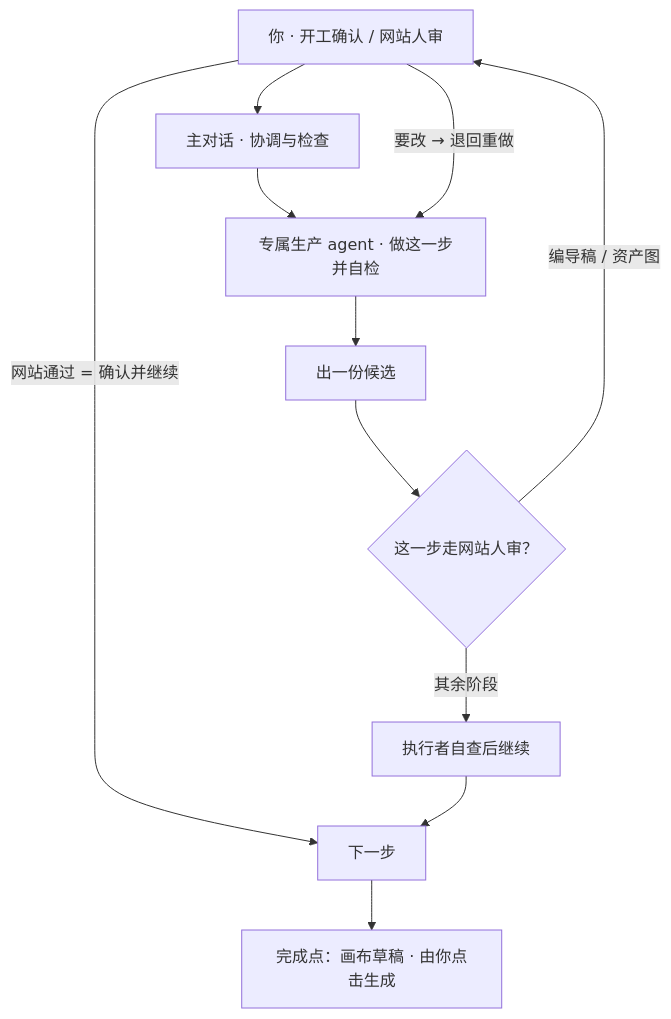
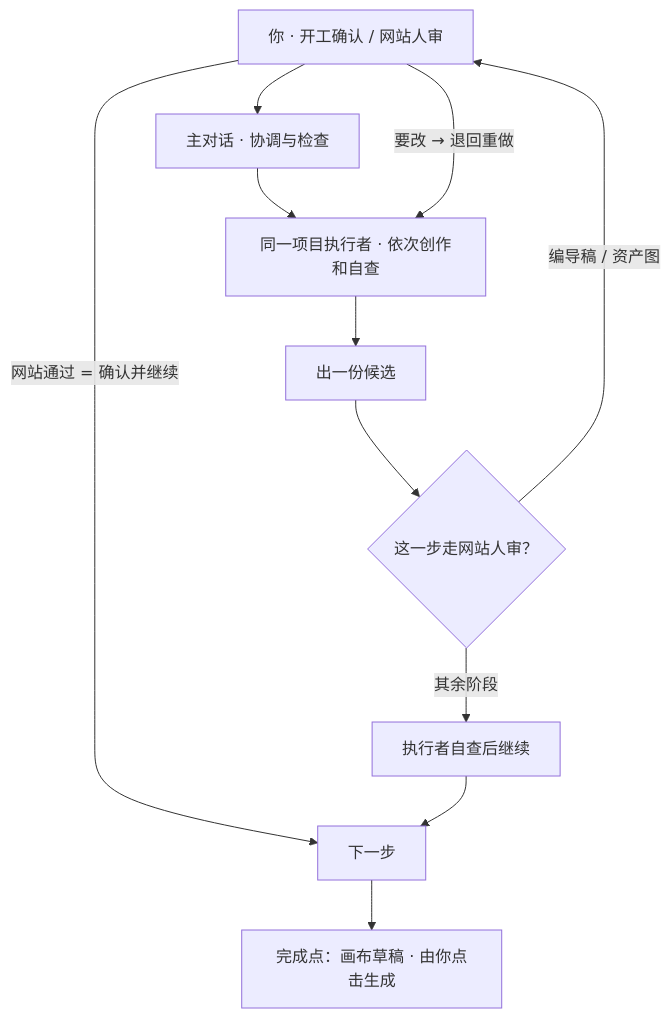
The diagram in docs/PROJECT_BLUEPRINT.md (yang43595-cell/Master-Storyboarding), drawn with Mermaid before and after one commit. The commit also changed other lines of this file and 55 other files, not shown here.

````diff
--- a/docs/PROJECT_BLUEPRINT.md
+++ b/docs/PROJECT_BLUEPRINT.md
@@ -32,13 +32,13 @@
 ```mermaid
 flowchart TD
     YOU[你 · 开工确认 / 网站人审] --> LEAD[主对话 · 协调与检查]
-    LEAD --> PROD[专属生产 agent · 做这一步并自检]
+    LEAD --> PROD[同一项目执行者 · 依次创作和自查]
     PROD --> DRAFT[出一份候选]
     DRAFT --> GATE{这一步走网站人审？}
     GATE -->|编导稿 / 资产图| YOU
     GATE -->|其余阶段| SELF[执行者自查后继续]
     YOU -->|网站通过 = 确认并继续| NEXT[下一步]
     YOU -->|要改 → 退回重做| PROD
     SELF --> NEXT
     NEXT --> CANVAS[完成点：画布草稿 · 由你点击生成]
 ```
````
